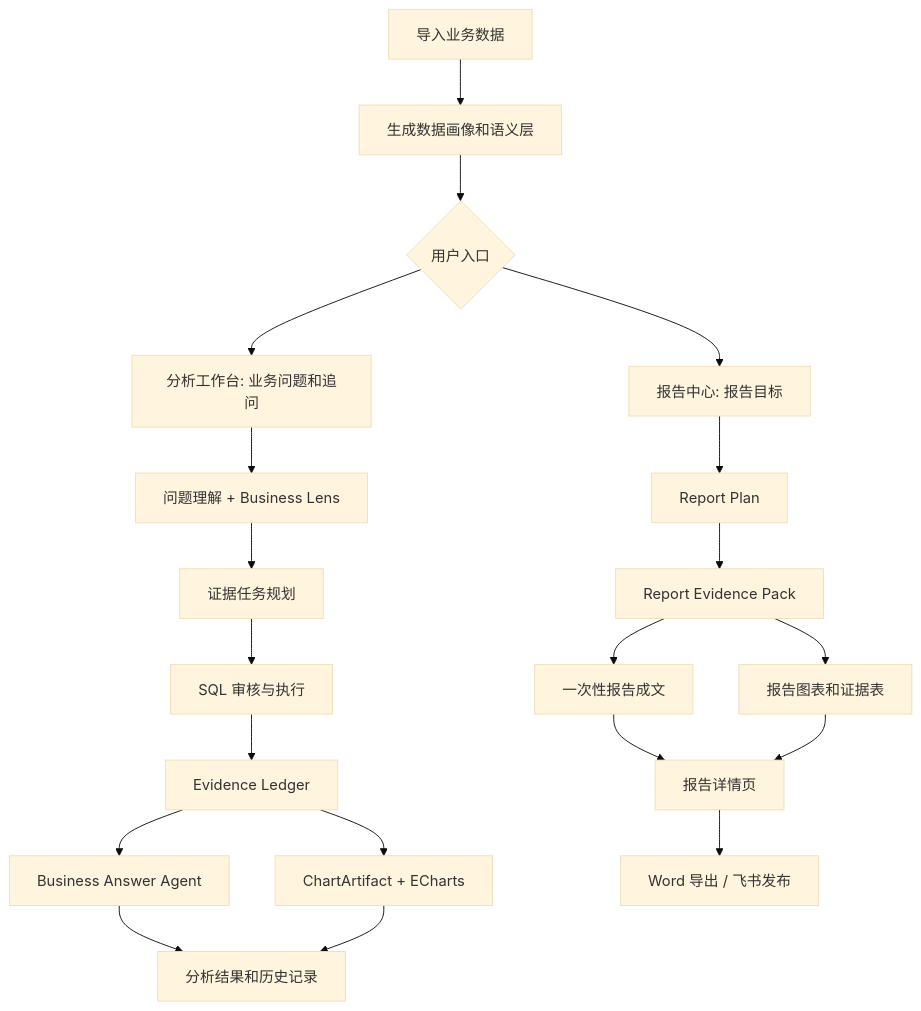
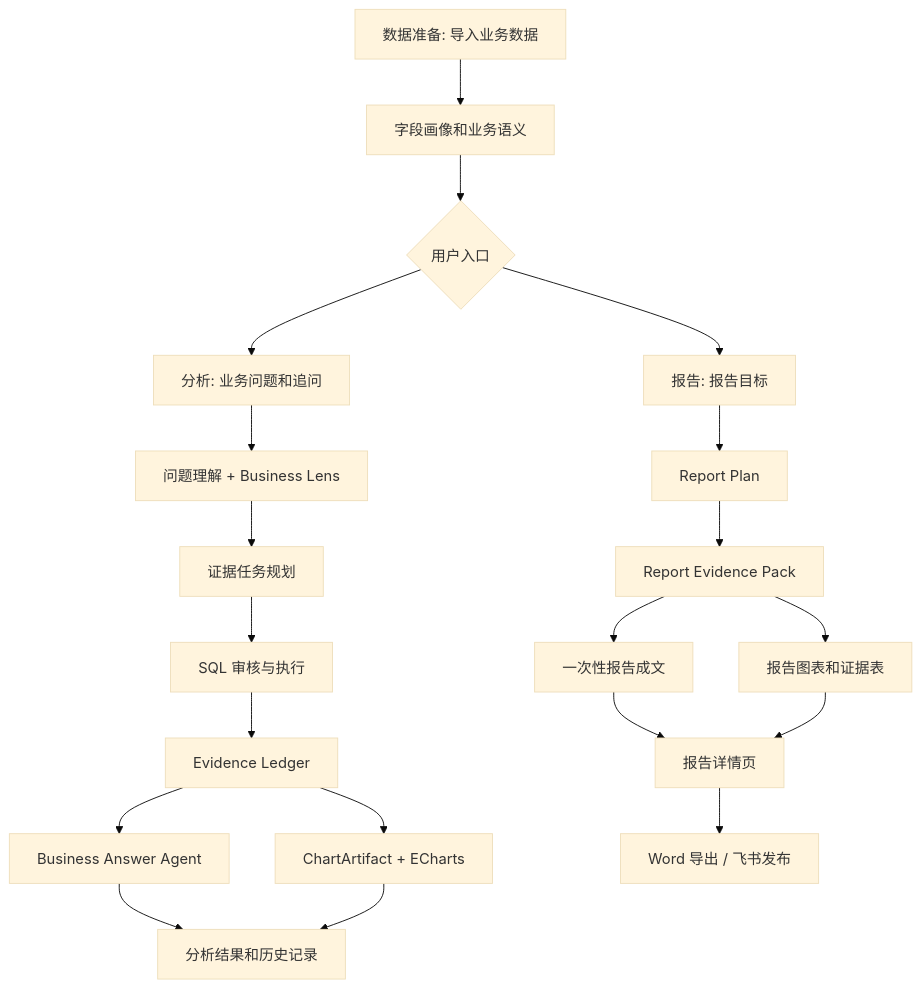
The diagram in README.md (Zachary2z/insightflow-agent), drawn with Mermaid (base theme) before and after one commit. The commit also changed other lines of this file and 42 other files, not shown here.

````diff
--- a/README.md
+++ b/README.md
@@ -23,22 +24,22 @@
 ```mermaid
 flowchart TD
-    A["导入业务数据"] --> B["生成数据画像和语义层"]
+    A["数据准备: 导入业务数据"] --> B["字段画像和业务语义"]
     B --> C{"用户入口"}
-    C --> D["分析工作台: 业务问题和追问"]
-    C --> E["报告中心: 报告目标"]
+    C --> D["分析: 业务问题和追问"]
+    C --> E["报告: 报告目标"]
     D --> F["问题理解 + Business Lens"]
     F --> G["证据任务规划"]
     G --> H["SQL 审核与执行"]
     H --> I["Evidence Ledger"]
     I --> J["Business Answer Agent"]
     I --> K["ChartArtifact + ECharts"]
     J --> L["分析结果和历史记录"]
     K --> L
     E --> M["Report Plan"]
     M --> N["Report Evidence Pack"]
     N --> O["一次性报告成文"]
     N --> P["报告图表和证据表"]
     O --> Q["报告详情页"]
     P --> Q
     Q --> R["Word 导出 / 飞书发布"]
 ```
````
